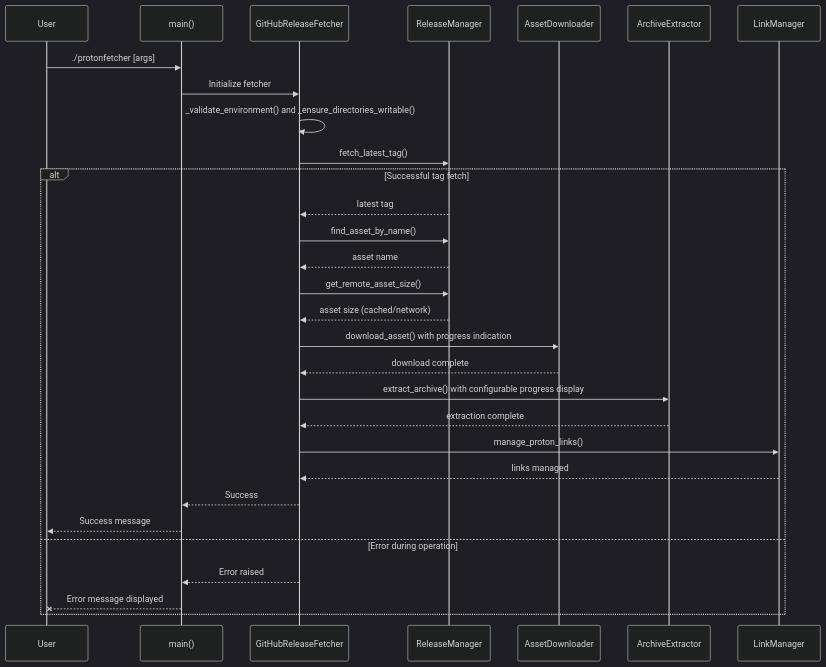
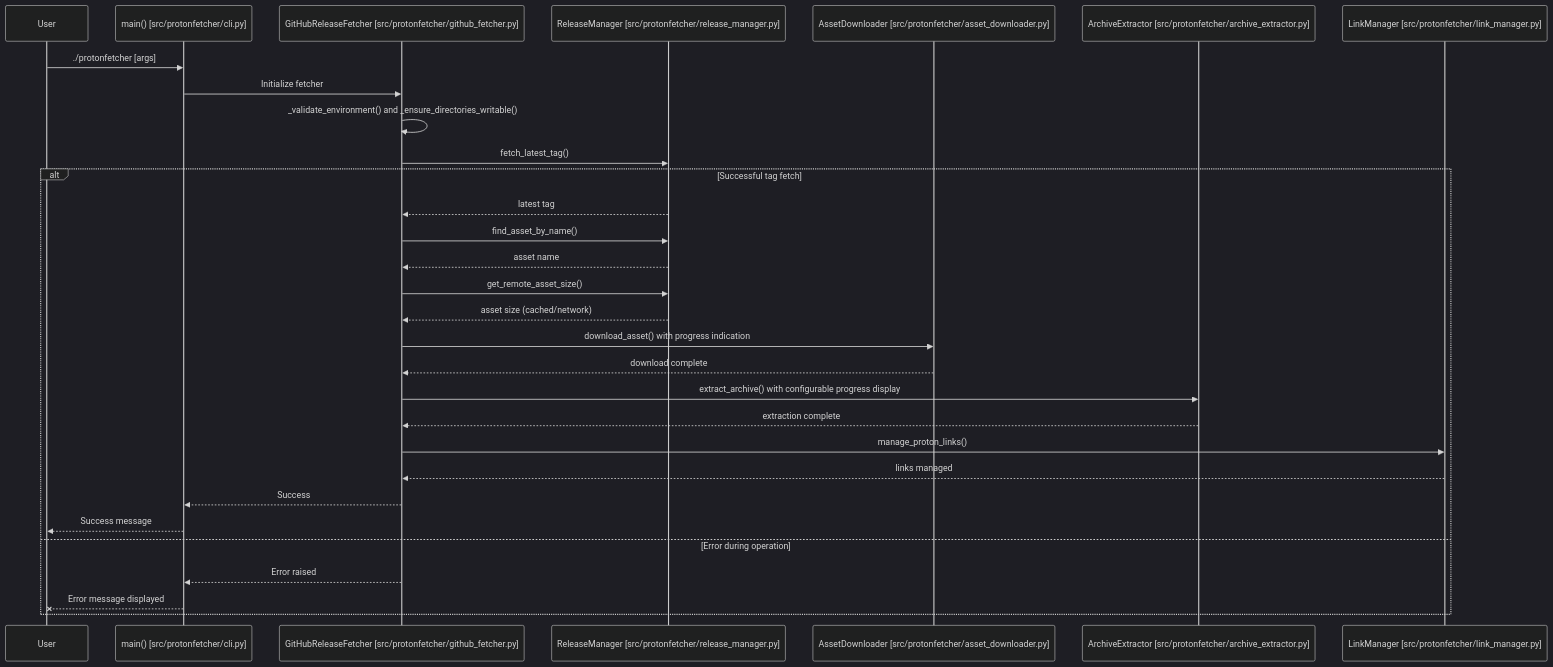
Before and after one commit to WombatFromHell/protonge-fetcher: the third of 8 diagrams in DESIGN.md, drawn with Mermaid (dark theme). The commit also changed other lines of this file and 50 other files, not shown here.

````diff
--- a/DESIGN.md
+++ b/DESIGN.md
@@ -246,33 +349,33 @@
 ```mermaid
 sequenceDiagram
     participant U as User
-    participant M as main()
-    participant F as GitHubReleaseFetcher
-    participant RM as ReleaseManager
-    participant AD as AssetDownloader
-    participant AE as ArchiveExtractor
-    participant LM as LinkManager
+    participant M as main() [src/protonfetcher/cli.py]
+    participant F as GitHubReleaseFetcher [src/protonfetcher/github_fetcher.py]
+    participant RM as ReleaseManager [src/protonfetcher/release_manager.py]
+    participant AD as AssetDownloader [src/protonfetcher/asset_downloader.py]
+    participant AE as ArchiveExtractor [src/protonfetcher/archive_extractor.py]
+    participant LM as LinkManager [src/protonfetcher/link_manager.py]
 
     U->>M: ./protonfetcher [args]
     M->>F: Initialize fetcher
     F->>F: _validate_environment() and _ensure_directories_writable()
     F->>RM: fetch_latest_tag()
     alt Successful tag fetch
         RM-->>F: latest tag
         F->>RM: find_asset_by_name()
         RM-->>F: asset name
         F->>RM: get_remote_asset_size()
         RM-->>F: asset size (cached/network)
         F->>AD: download_asset() with progress indication
         AD-->>F: download complete
         F->>AE: extract_archive() with configurable progress display
         AE-->>F: extraction complete
         F->>LM: manage_proton_links()
         LM-->>F: links managed
         F-->>M: Success
         M-->>U: Success message
     else Error during operation
         F-->>M: Error raised
         M--x U: Error message displayed
     end
 ```
````
